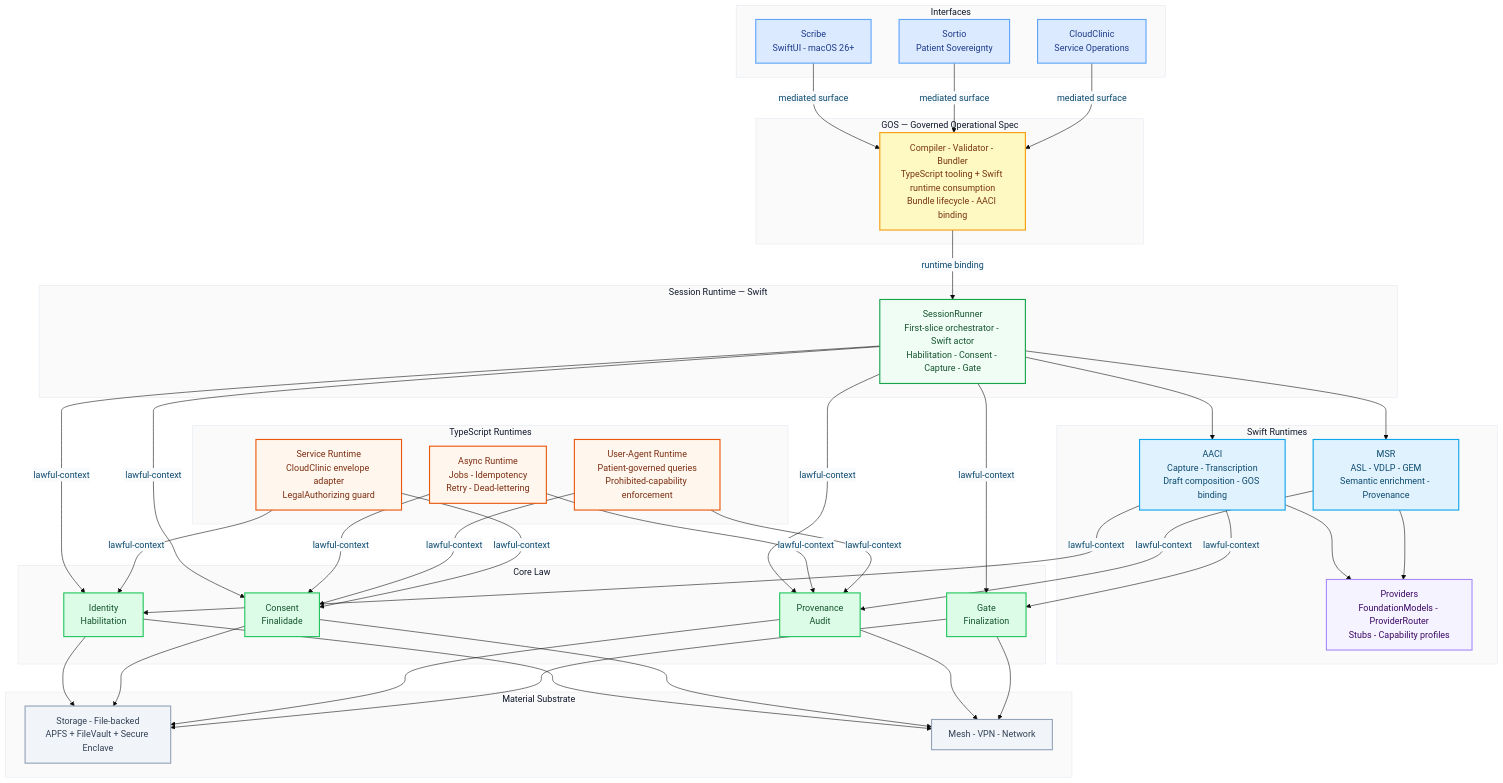
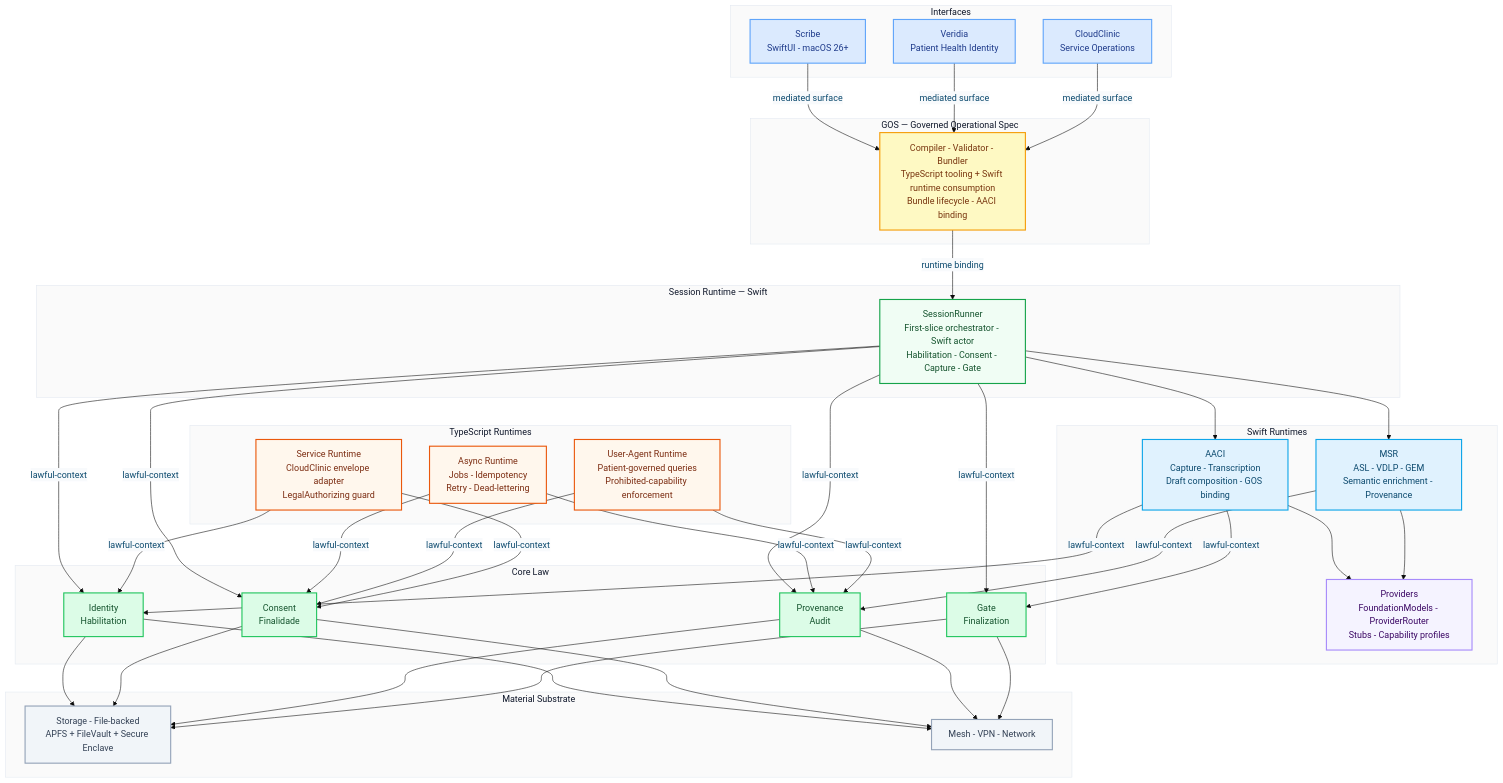
One commit to myselfgus/HealthOScaffold changed the first of 10 diagrams in README.md. Above: the diagram before and after it, drawn with Mermaid. The commit also changed other lines of this file and 52 other files, not shown here.

```diff
--- a/README.md
+++ b/README.md
@@ -45,7 +45,7 @@
 
     subgraph IFACE["  Interfaces  "]
         SC[Scribe\nSwiftUI - macOS 26+]
-        SO[Sortio\nPatient Sovereignty]
+        SO[Veridia\nPatient Health Identity]
         CC[CloudClinic\nService Operations]
     end
 
```
